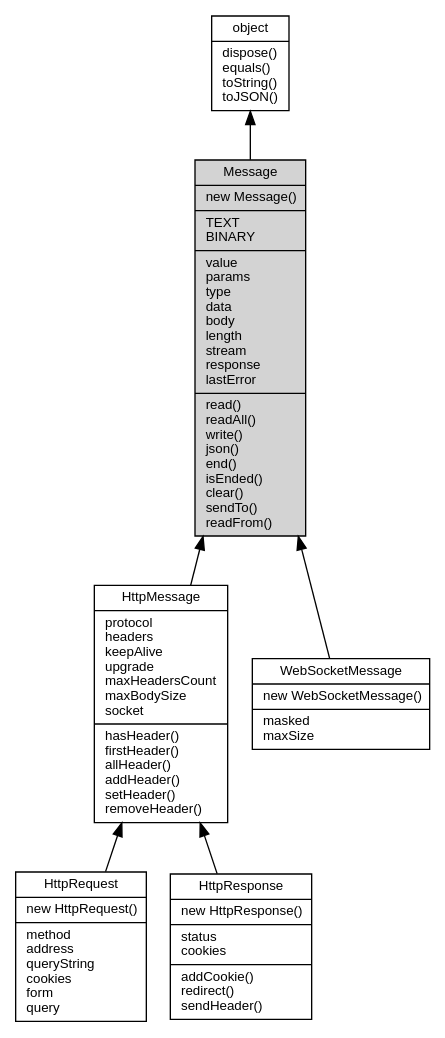
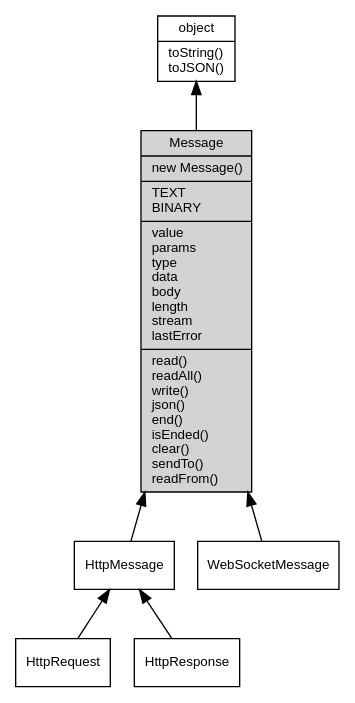
Before and after one commit to asionius/fibjs-ceph: the diagram in docs/object/ifs/Message.md, drawn with Graphviz. The commit also changed other lines of this file and 138 other files, not shown here.

````diff
--- a/docs/object/ifs/Message.md
+++ b/docs/object/ifs/Message.md
@@ -12,18 +12,18 @@
 ```dot
 digraph {
     node [fontname="Helvetica,sans-Serif", fontsize=10, shape="record", style="filled", fillcolor="white"];
 
-    object [tooltip="object", URL="object.md", label="{object|dispose()\lequals()\ltoString()\ltoJSON()\l}"];
-    Message [tooltip="Message", fillcolor="lightgray", label="{Message|new Message()\l|TEXT\lBINARY\l|value\lparams\ltype\ldata\lbody\llength\lstream\lresponse\llastError\l|read()\lreadAll()\lwrite()\ljson()\lend()\lisEnded()\lclear()\lsendTo()\lreadFrom()\l}"];
-    HttpMessage [tooltip="HttpMessage", URL="HttpMessage.md", label="{HttpMessage|protocol\lheaders\lkeepAlive\lupgrade\lmaxHeadersCount\lmaxBodySize\lsocket\l|hasHeader()\lfirstHeader()\lallHeader()\laddHeader()\lsetHeader()\lremoveHeader()\l}"];
-    HttpRequest [tooltip="HttpRequest", URL="HttpRequest.md", label="{HttpRequest|new HttpRequest()\l|method\laddress\lqueryString\lcookies\lform\lquery\l}"];
-    HttpResponse [tooltip="HttpResponse", URL="HttpResponse.md", label="{HttpResponse|new HttpResponse()\l|status\lcookies\l|addCookie()\lredirect()\lsendHeader()\l}"];
-    WebSocketMessage [tooltip="WebSocketMessage", URL="WebSocketMessage.md", label="{WebSocketMessage|new WebSocketMessage()\l|masked\lmaxSize\l}"];
+    object [tooltip="object", URL="object.md", label="{object|toString()\ltoJSON()\l}"];
+    Message [tooltip="Message", fillcolor="lightgray", id="me", label="{Message|new Message()\l|TEXT\lBINARY\l|value\lparams\ltype\ldata\lbody\llength\lstream\llastError\l|read()\lreadAll()\lwrite()\ljson()\lend()\lisEnded()\lclear()\lsendTo()\lreadFrom()\l}"];
+    HttpMessage [tooltip="HttpMessage", URL="HttpMessage.md", label="{HttpMessage}"];
+    HttpRequest [tooltip="HttpRequest", URL="HttpRequest.md", label="{HttpRequest}"];
+    HttpResponse [tooltip="HttpResponse", URL="HttpResponse.md", label="{HttpResponse}"];
+    WebSocketMessage [tooltip="WebSocketMessage", URL="WebSocketMessage.md", label="{WebSocketMessage}"];
 
     object -> Message [dir=back];
     Message -> HttpMessage [dir=back];
     HttpMessage -> HttpRequest [dir=back];
     HttpMessage -> HttpResponse [dir=back];
     Message -> WebSocketMessage [dir=back];
 }
 ```
````
